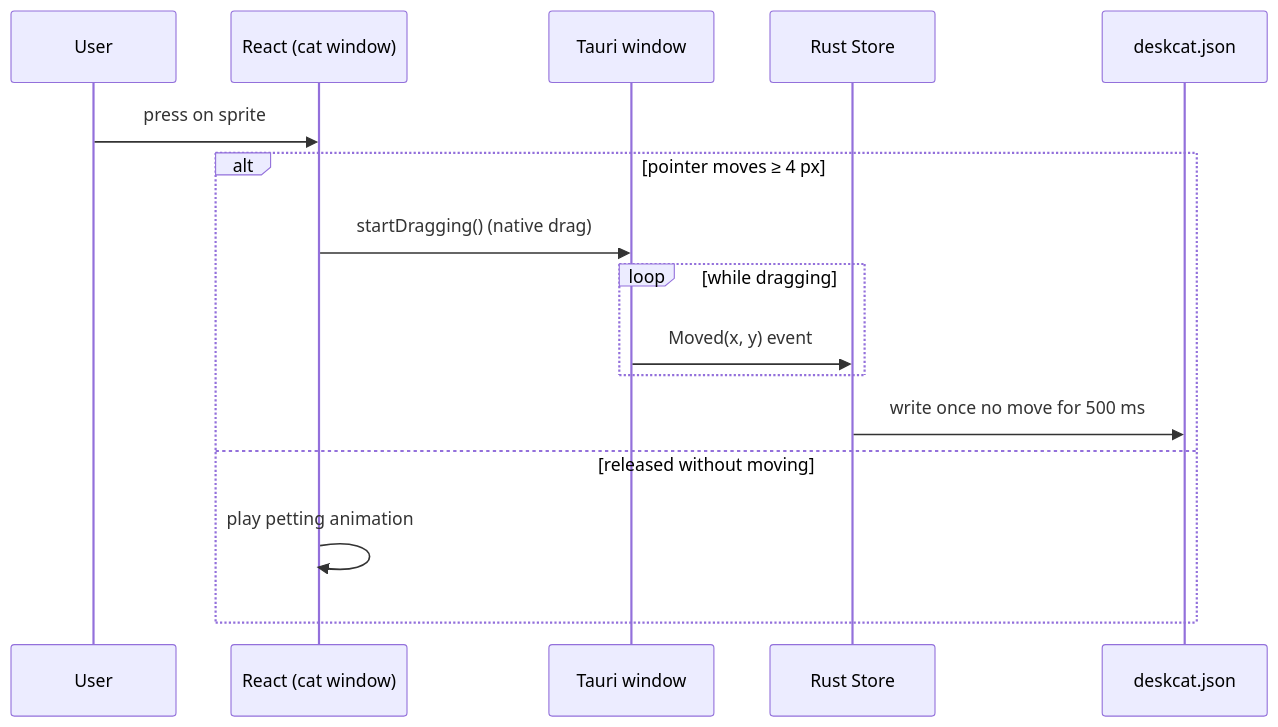
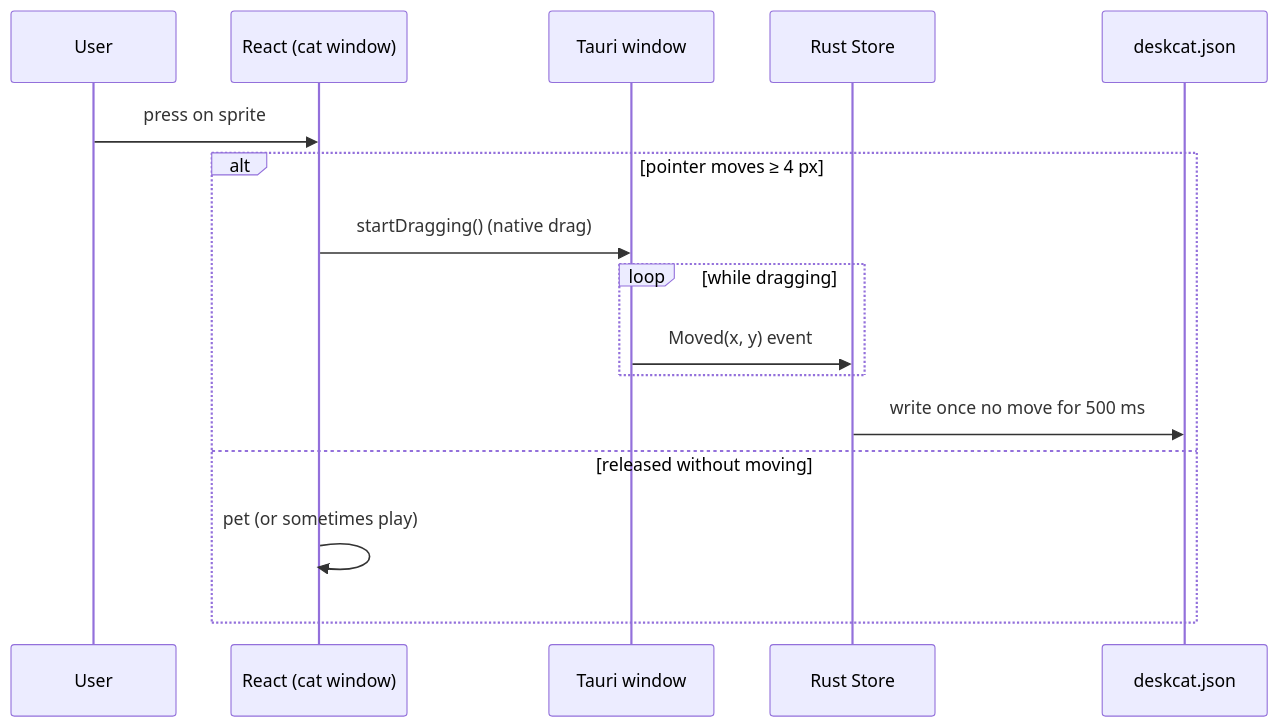
One commit to sarauh-codes/deskcat changed the second of 2 diagrams in README.md. Above: the diagram before and after it, drawn with Mermaid. The commit also changed other lines of this file and 27 other files, not shown here.

````diff
--- a/README.md
+++ b/README.md
@@ -220,18 +221,18 @@
 ```mermaid
 sequenceDiagram
     participant U as User
     participant R as React (cat window)
     participant T as Tauri window
     participant S as Rust Store
     participant F as deskcat.json
     U->>R: press on sprite
     alt pointer moves ≥ 4 px
         R->>T: startDragging() (native drag)
         loop while dragging
             T->>S: Moved(x, y) event
         end
         S->>F: write once no move for 500 ms
     else released without moving
-        R->>R: play petting animation
+        R->>R: pet (or sometimes play)
     end
 ```
````
